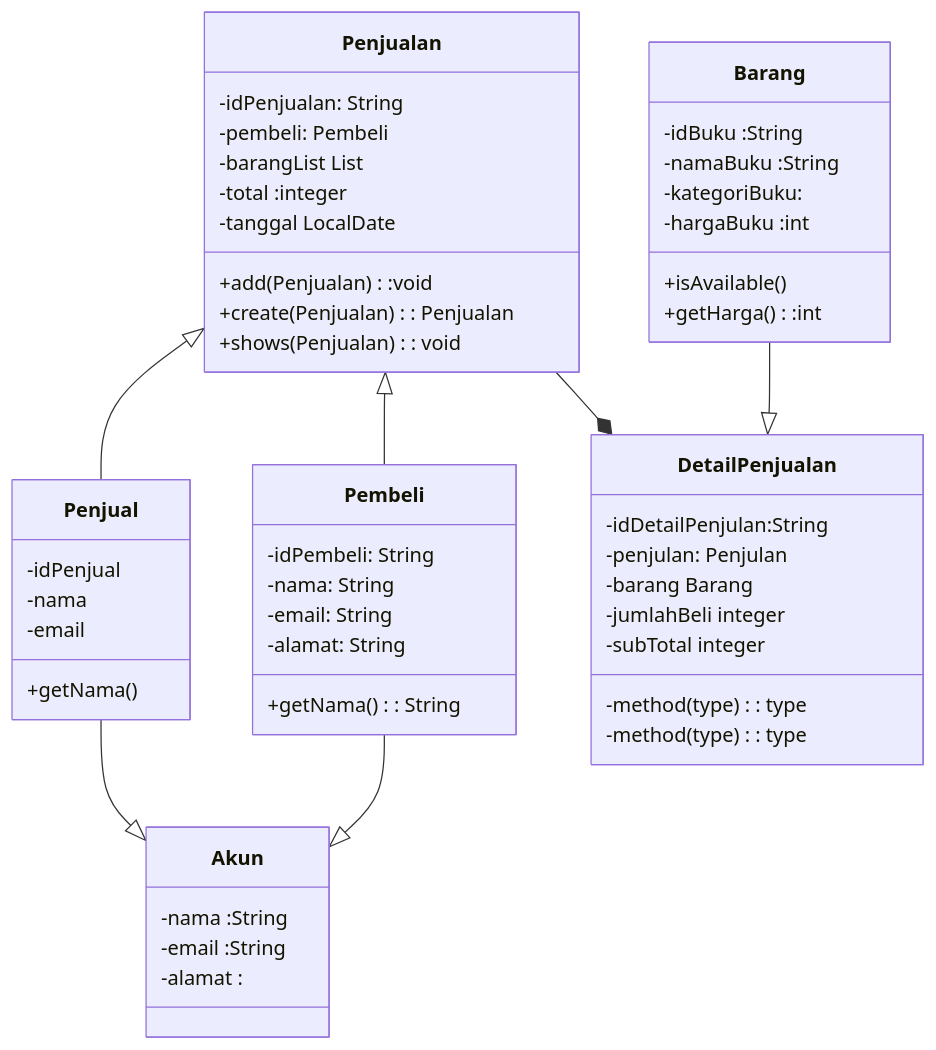
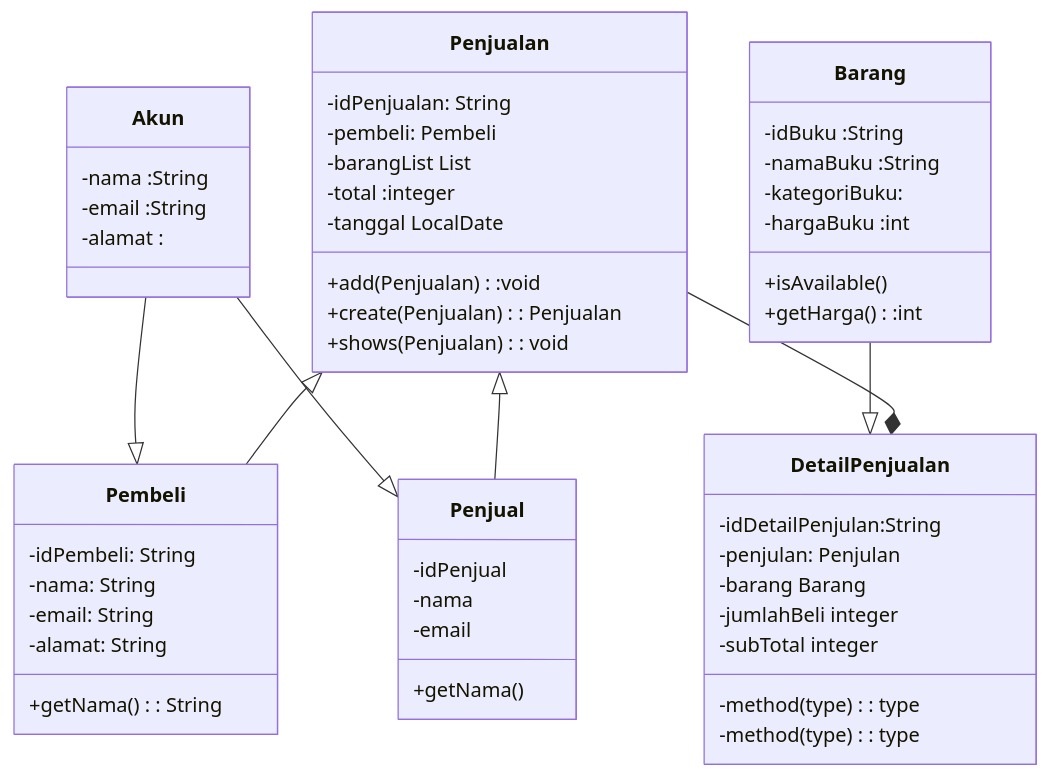
Before and after one commit to ikhsanhazamy/UAS-DASPRO: the diagram in README.md, drawn with Mermaid.

````diff
--- a/README.md
+++ b/README.md
@@ -3,58 +3,57 @@
 ```mermaid
 classDiagram
     class Akun{
         -nama :String
         -email :String
         -alamat :
     }
     class Barang{
         -idBuku :String
         -namaBuku :String
         -kategoriBuku:
         -hargaBuku :int
         +isAvailable() 
         +getHarga():int
     }
     class Pembeli{
         -idPembeli: String 
         -nama: String 
         -email: String 
         -alamat: String 
         +getNama(): String
     }
 
     class Penjual{
         -idPenjual
         -nama
         -email
         +getNama()
     }
     class Penjualan{
         -idPenjualan: String 
         -pembeli: Pembeli 
         -barangList List<Barang>  
         -total :integer  
         -tanggal LocalDate  
         +add(Penjualan):void   
         +create(Penjualan): Penjualan   
         +shows(Penjualan): void   
     }
     class DetailPenjualan{
         -idDetailPenjulan:String   
         -penjulan: Penjulan   
         -barang Barang    
         -jumlahBeli integer    
         -subTotal integer    
         -method(type): type    
         -method(type): type
     }
 
-    
+    Akun --|> Pembeli
+    Akun --|> Penjual
     Barang --|> DetailPenjualan
     Penjualan --*  DetailPenjualan
-    Pembeli --|> Akun
-    Penjual --|> Akun
     Penjualan <|-- Pembeli
     Penjualan <|-- Penjual
     
 ```
````
